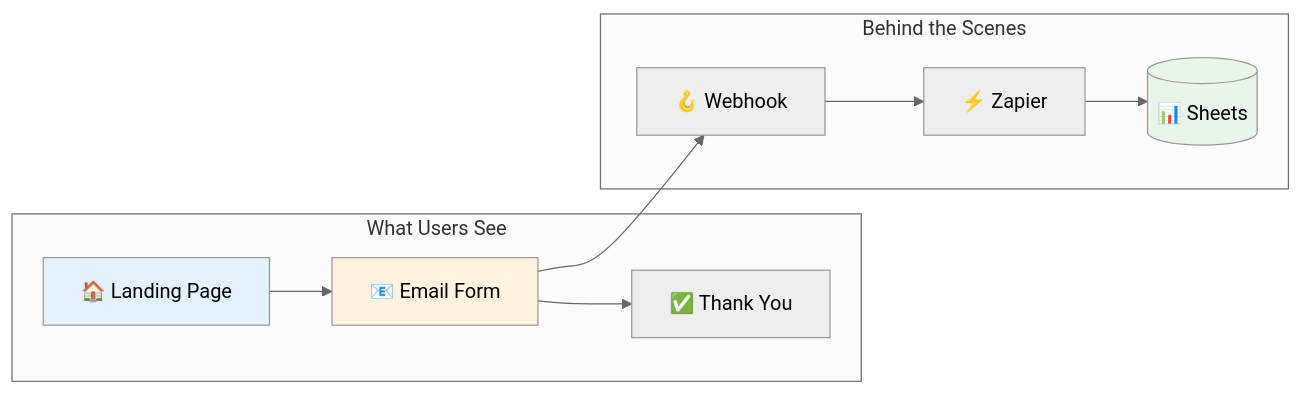
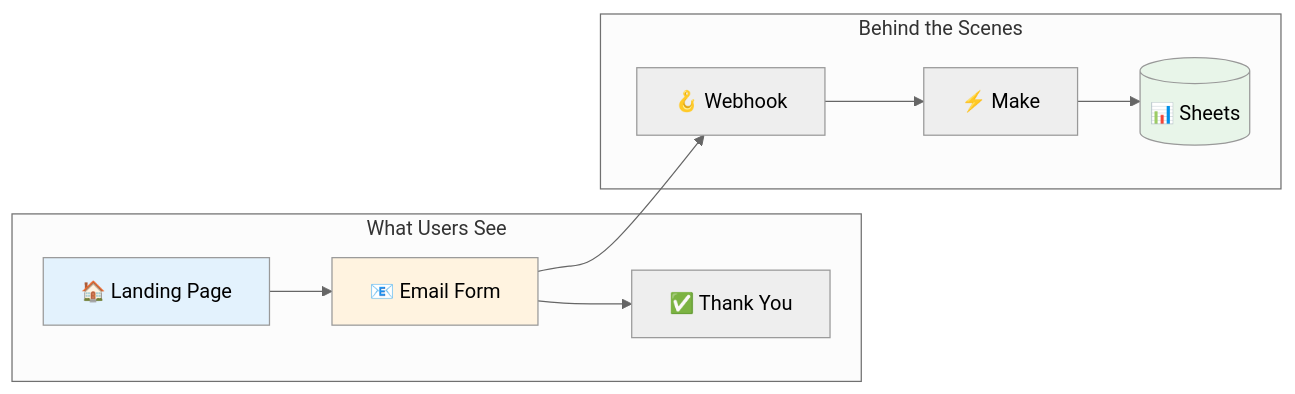
One commit to Flying-Pig-Labs/idea-to-app-workshop changed the seventh of 11 diagrams in steps/2-sketch.md. Above: the diagram before and after it, drawn with Mermaid (neutral theme). The commit also changed other lines of this file and 3 other files, not shown here.

````diff
--- a/steps/2-sketch.md
+++ b/steps/2-sketch.md
@@ -593,24 +593,24 @@
 ```mermaid
 graph LR
     subgraph "What Users See"
         A[🏠 Landing Page]
         B[📧 Email Form]
         C[✅ Thank You]
     end
     
     subgraph "Behind the Scenes"
         D[🪝 Webhook]
-        E[⚡ Zapier]
+        E[⚡ Make]
         F[(📊 Sheets)]
     end
     
     A --> B
     B --> D
     D --> E
     E --> F
     B --> C
     
     style A fill:#e3f2fd
     style B fill:#fff3e0
     style F fill:#e8f5e9
 ```
````
